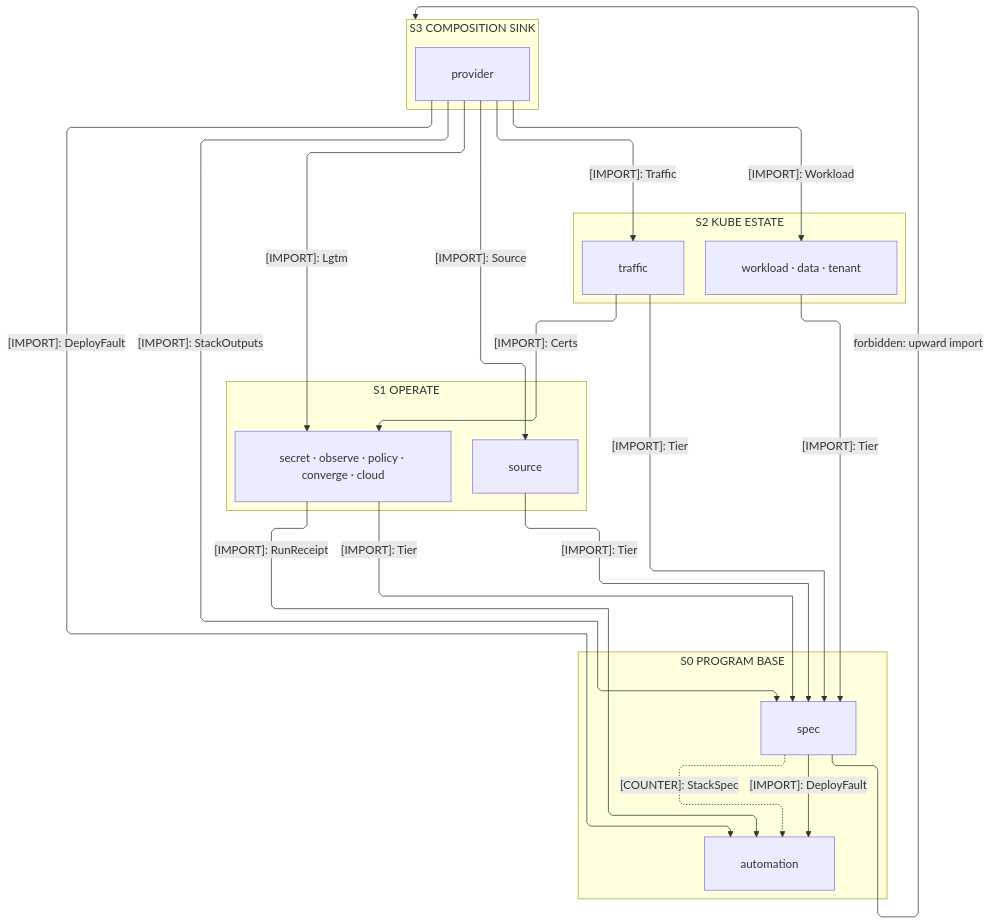
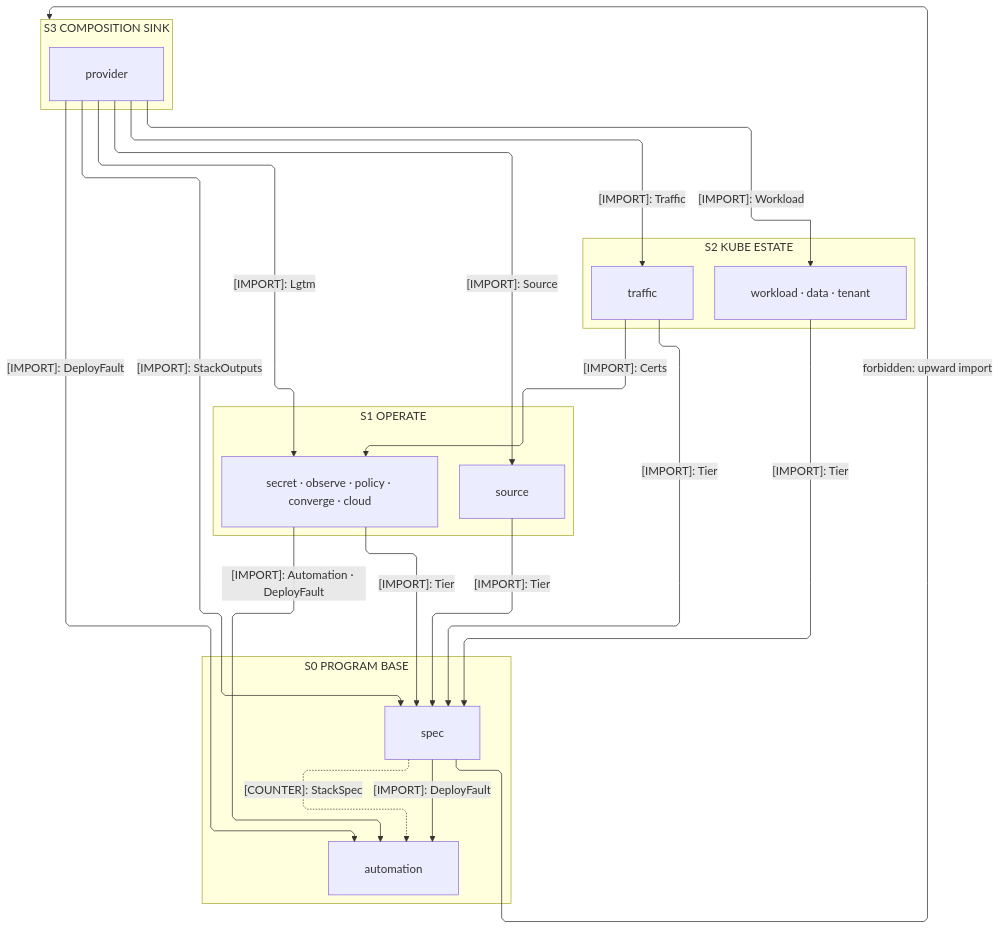
Before and after one commit to bsamiee/Rasm: the first of 3 diagrams in libs/typescript/iac/ARCHITECTURE.md, drawn with Mermaid. The commit also changed other lines of this file and 1417 other files, not shown here.

````diff
--- a/libs/typescript/iac/ARCHITECTURE.md
+++ b/libs/typescript/iac/ARCHITECTURE.md
@@ -35,42 +35,42 @@
 ```mermaid
 ---
 config:
   layout: elk
   flowchart:
     curve: linear
     padding: 25
 ---
 flowchart TB
     accTitle: Iac interior import strata
     accDescr: How the provider sink, kube estate, and operate plane rank onto the spec-automation co-base, the StackSpec counter-edge a caller value.
     subgraph S3["S3 COMPOSITION SINK"]
         Provider[provider]
     end
     subgraph S2["S2 KUBE ESTATE"]
         Kube["workload · data · tenant"]
         Traffic[traffic]
     end
     subgraph S1["S1 OPERATE"]
         Operate["secret · observe · policy · converge · cloud"]
         Source[source]
     end
     subgraph S0["S0 PROGRAM BASE"]
         Spec[spec]
         Automation[automation]
     end
     Spec e1@-->|"[IMPORT]: DeployFault"| Automation
     Spec e2@-.->|"[COUNTER]: StackSpec"| Automation
     Operate e3@-->|"[IMPORT]: Tier"| Spec
-    Operate e4@-->|"[IMPORT]: RunReceipt"| Automation
+    Operate e4@-->|"[IMPORT]: Automation · DeployFault"| Automation
     Source e5@-->|"[IMPORT]: Tier"| Spec
     Kube e6@-->|"[IMPORT]: Tier"| Spec
     Traffic e7@-->|"[IMPORT]: Tier"| Spec
     Traffic e8@-->|"[IMPORT]: Certs"| Operate
     Provider e9@-->|"[IMPORT]: StackOutputs"| Spec
     Provider e10@-->|"[IMPORT]: DeployFault"| Automation
     Provider e11@-->|"[IMPORT]: Workload"| Kube
     Provider e12@-->|"[IMPORT]: Traffic"| Traffic
     Provider e13@-->|"[IMPORT]: Lgtm"| Operate
     Provider e14@-->|"[IMPORT]: Source"| Source
     Spec f1@-->|"forbidden: upward import"| S3
 ```
````
